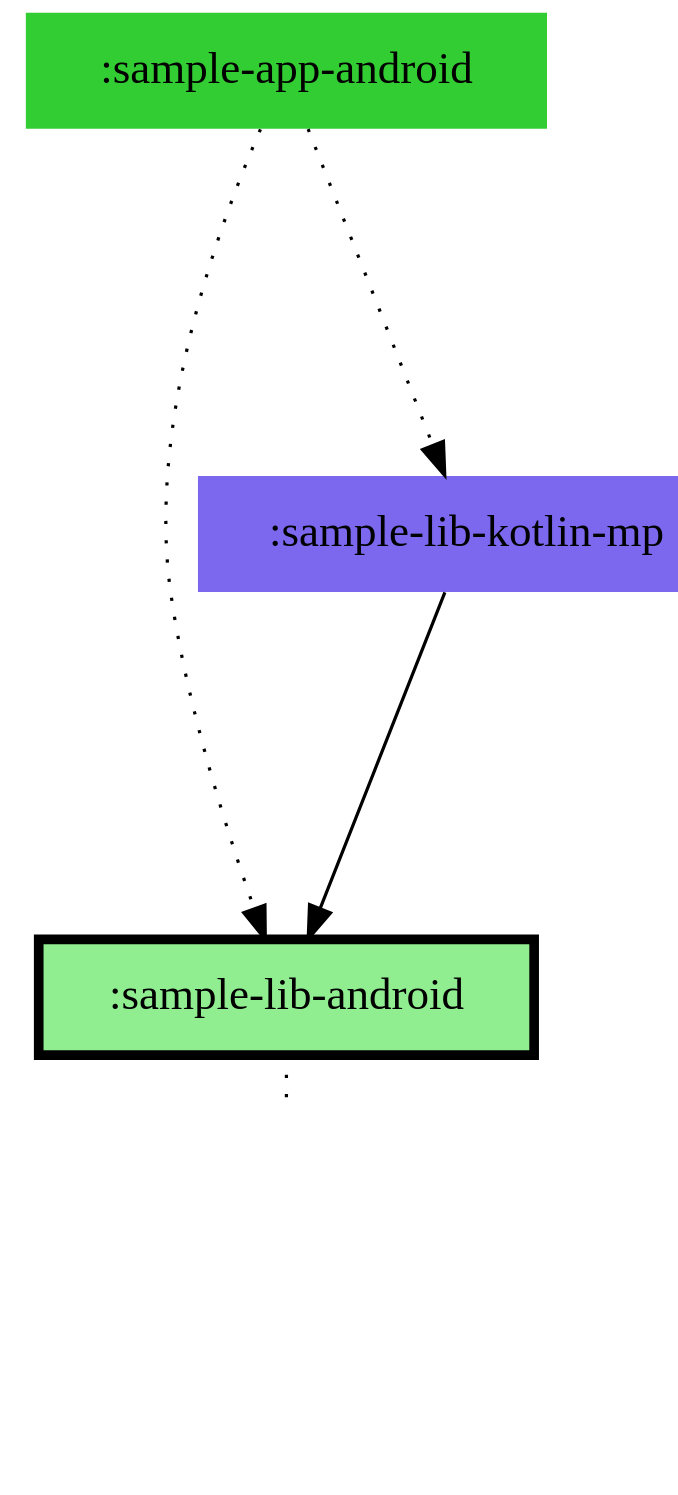
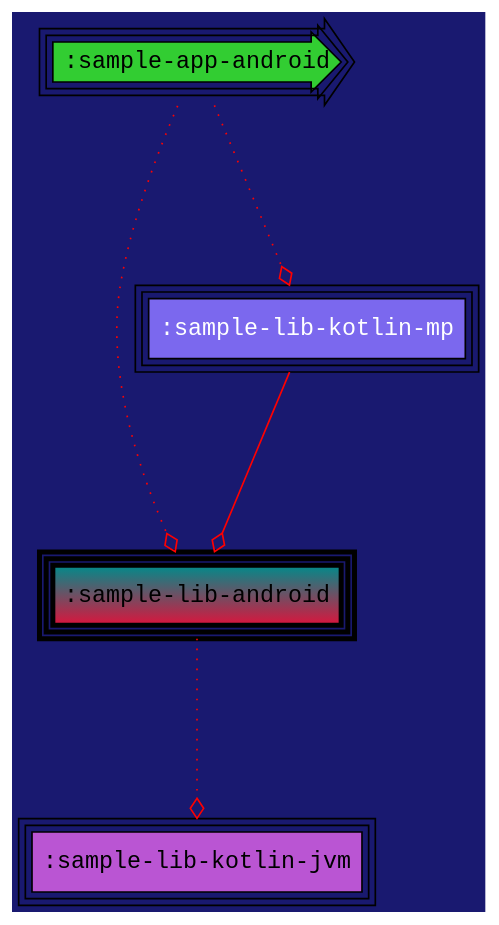
The diagram in samples/sample-graphviz/sample-lib-android/modular/chart.dot (jonapoul/atlas), drawn with Graphviz before and after one commit. The commit also changed 52 other files, not shown here.

Commit message:
Add better graphviz attributes  (#262)

```diff
--- a/samples/sample-graphviz/sample-lib-android/modular/chart.dot
+++ b/samples/sample-graphviz/sample-lib-android/modular/chart.dot
@@ -1,13 +1,13 @@
 digraph {
-  edge [arrowhead="normal",arrowtail="none"]
-  graph [bgcolor="transparent",dpi="100",fontsize="30",layout="dot",ranksep="1.5",rankdir="TB"]
-  node [style="filled"]
-  ":sample-app-android" [shape="none",fillcolor="limegreen"]
-  ":sample-lib-android" [shape="box",penwidth="3",fillcolor="lightgreen"]
-  ":sample-lib-kotlin-jvm" [shape="none",fillcolor="mediumorchid"]
-  ":sample-lib-kotlin-mp" [shape="none",fillcolor="mediumslateblue"]
+  edge [arrowhead="ediamond",arrowtail="none",color="red",labelfloat="true",fontcolor="lime"]
+  graph [layout="dot",bgcolor="MidnightBlue",fontsize="30",rankdir="TB",ranksep="1.5"]
+  node [fontname="Courier New",peripheries="3",style="filled",shape="box"]
+  ":sample-app-android" [shape="rarrow",style="radial",fillcolor="limegreen"]
+  ":sample-lib-android" [penwidth="3",gradientangle="90",fillcolor="crimson:cyan4"]
+  ":sample-lib-kotlin-jvm" [fillcolor="mediumorchid"]
+  ":sample-lib-kotlin-mp" [fontcolor="white",fillcolor="mediumslateblue"]
   ":sample-app-android" -> ":sample-lib-android" [style="dotted"]
   ":sample-app-android" -> ":sample-lib-kotlin-mp" [style="dotted"]
   ":sample-lib-android" -> ":sample-lib-kotlin-jvm" [style="dotted"]
   ":sample-lib-kotlin-mp" -> ":sample-lib-android" [style="solid"]
 }
```
